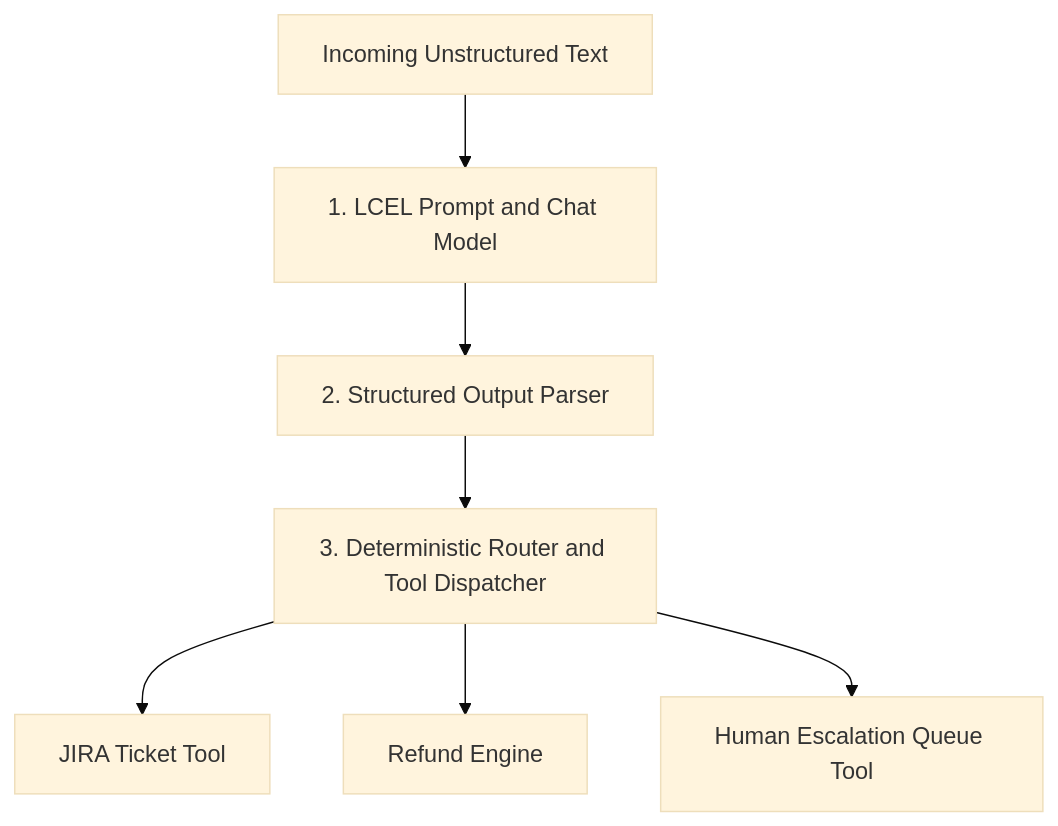
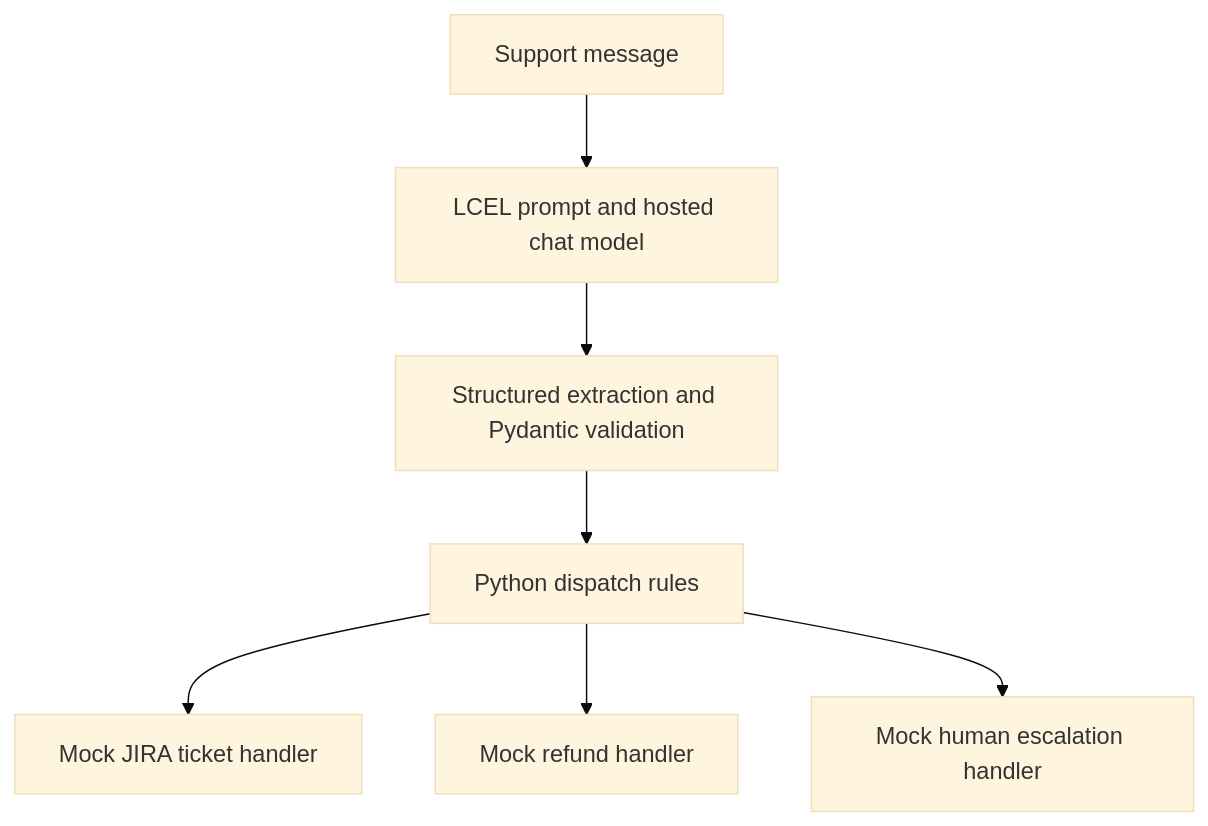
The diagram in README.md (Hellacious1702/Intent_Router_Agent), drawn with Mermaid (base theme) before and after one commit. The commit also changed other lines of this file, not shown here.

````diff
--- a/README.md
+++ b/README.md
@@ -17,9 +19,9 @@
 ```mermaid
 flowchart TD
-    A["Incoming Unstructured Text"] --> B["1. LCEL Prompt and Chat Model"]
-    B --> C["2. Structured Output Parser"]
-    C --> D["3. Deterministic Router and Tool Dispatcher"]
-    D --> E["JIRA Ticket Tool"]
-    D --> F["Refund Engine"]
-    D --> G["Human Escalation Queue Tool"]
+    A["Support message"] --> B["LCEL prompt and hosted chat model"]
+    B --> C["Structured extraction and Pydantic validation"]
+    C --> D["Python dispatch rules"]
+    D --> E["Mock JIRA ticket handler"]
+    D --> F["Mock refund handler"]
+    D --> G["Mock human escalation handler"]
 ```
````
